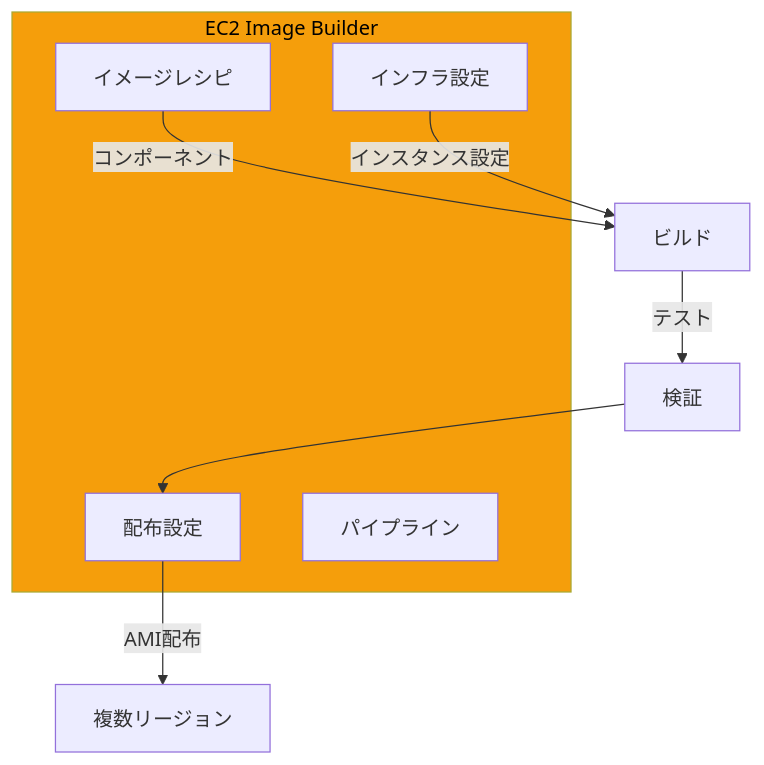
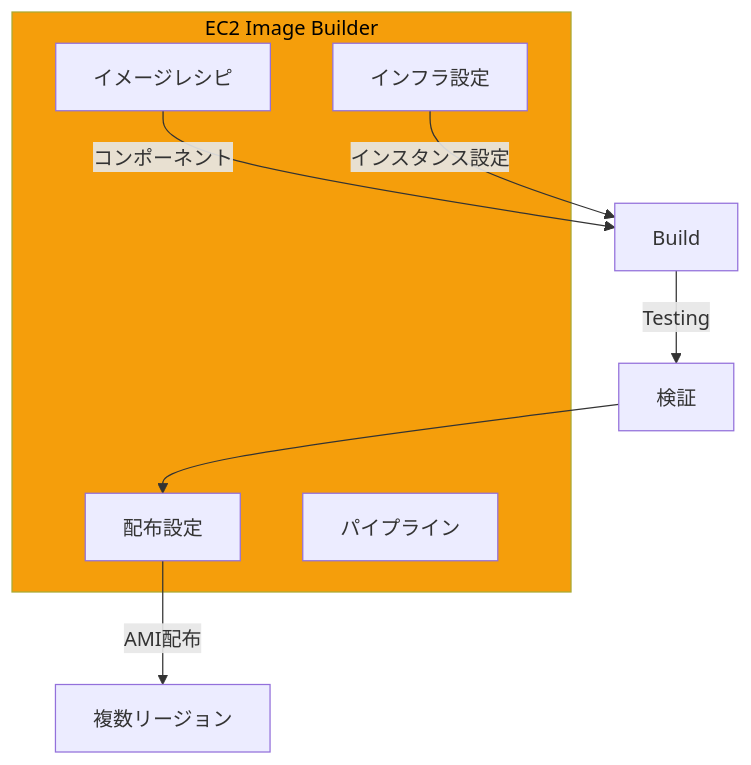
The fourth of 6 diagrams in content/blog/ja/aws-artifact-management.md (shunkus/shunku.net), drawn with Mermaid before and after one commit. The commit also changed other lines of this file and 56 other files, not shown here.

````diff
--- a/content/blog/ja/aws-artifact-management.md
+++ b/content/blog/ja/aws-artifact-management.md
@@ -304,17 +304,17 @@
 ```mermaid
 flowchart TB
     subgraph ImageBuilder["EC2 Image Builder"]
         Recipe["イメージレシピ"]
         Infra["インフラ設定"]
         Dist["配布設定"]
         Pipeline["パイプライン"]
     end
 
-    Recipe --> |"コンポーネント"| Build["ビルド"]
+    Recipe --> |"コンポーネント"| Build["Build"]
     Infra --> |"インスタンス設定"| Build
-    Build --> |"テスト"| Test["検証"]
+    Build --> |"Testing"| Test["検証"]
     Test --> Dist
     Dist --> |"AMI配布"| Regions["複数リージョン"]
 
     style ImageBuilder fill:#f59e0b,color:#000
 ```
````
